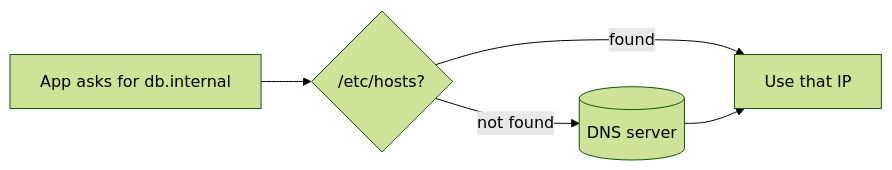
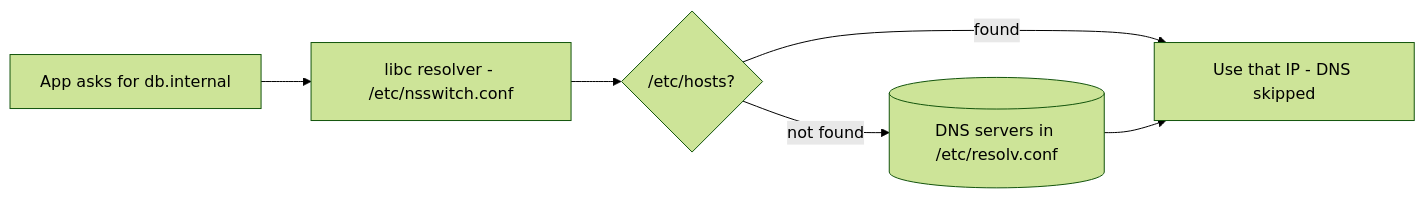
One commit to cloud-prakhar/learning-linux changed the diagram in 07-networking-basics/ip-hostname-dns.md. Above: the diagram before and after it, drawn with Mermaid (forest theme). The commit also changed other lines of this file and 69 other files, not shown here.

````diff
--- a/07-networking-basics/ip-hostname-dns.md
+++ b/07-networking-basics/ip-hostname-dns.md
@@ -30,7 +39,8 @@
 ```mermaid
 flowchart LR
-    App[App asks for db.internal] --> Hosts{/etc/hosts?}
-    Hosts -->|found| IP[Use that IP]
-    Hosts -->|not found| DNS[(DNS server)]
+    App[App asks for db.internal] --> Res[libc resolver - /etc/nsswitch.conf]
+    Res --> Hosts{/etc/hosts?}
+    Hosts -->|found| IP[Use that IP - DNS skipped]
+    Hosts -->|not found| DNS[(DNS servers in /etc/resolv.conf)]
     DNS --> IP
 ```
````
